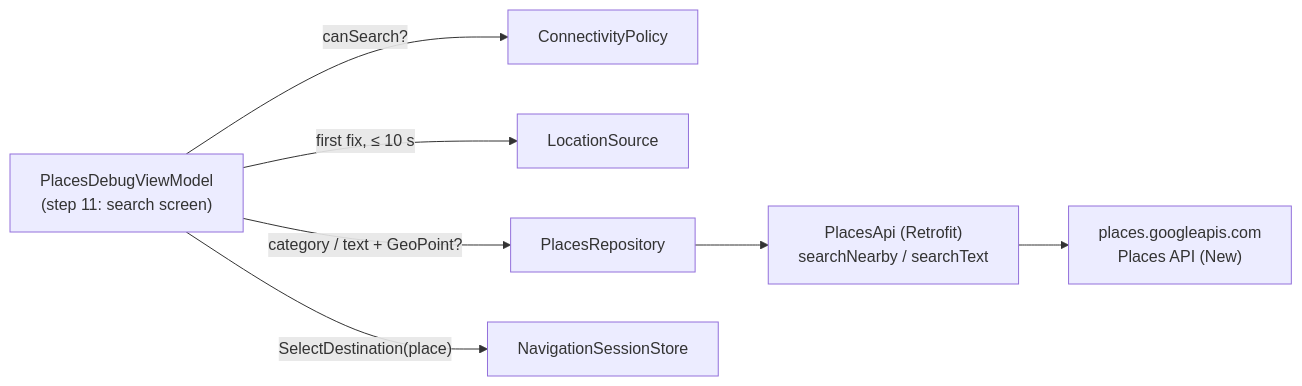
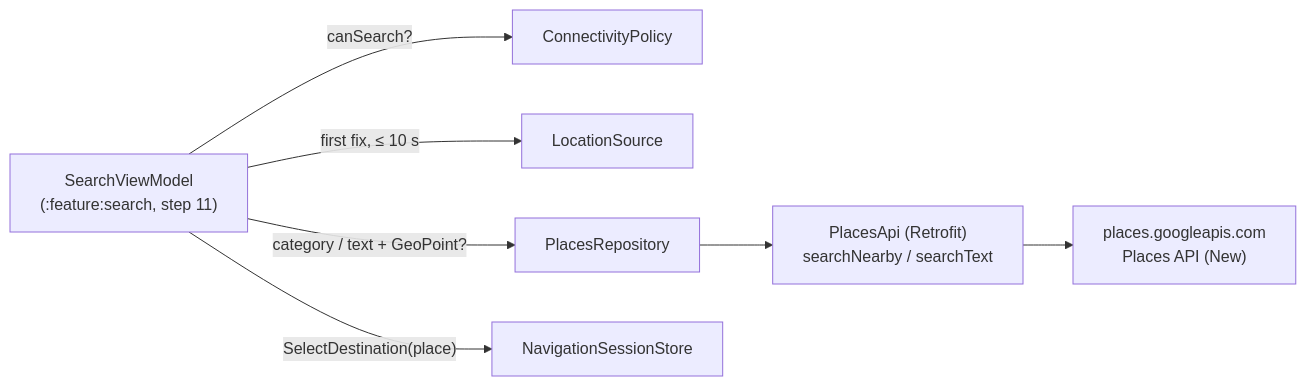
The fourth of 11 diagrams in ARCHITECTURE.md (Xander-JS/haptiMap_watch), drawn with Mermaid before and after one commit. The commit also changed other lines of this file and 26 other files, not shown here.

````diff
--- a/ARCHITECTURE.md
+++ b/ARCHITECTURE.md
@@ -183,9 +184,9 @@
 ```mermaid
 graph LR
-    vm["PlacesDebugViewModel<br/>(step 11: search screen)"] -->|"canSearch?"| policy["ConnectivityPolicy"]
+    vm["SearchViewModel<br/>(:feature:search, step 11)"] -->|"canSearch?"| policy["ConnectivityPolicy"]
     vm -->|"first fix, ≤ 10 s"| loc["LocationSource"]
     vm -->|"category / text + GeoPoint?"| repo["PlacesRepository"]
     repo --> api["PlacesApi (Retrofit)<br/>searchNearby / searchText"]
     api --> g["places.googleapis.com<br/>Places API (New)"]
     vm -->|"SelectDestination(place)"| store["NavigationSessionStore"]
 ```
````
